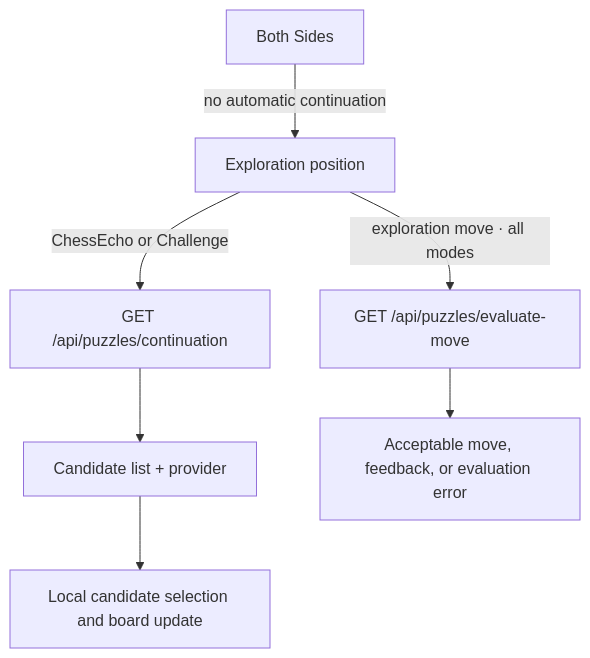
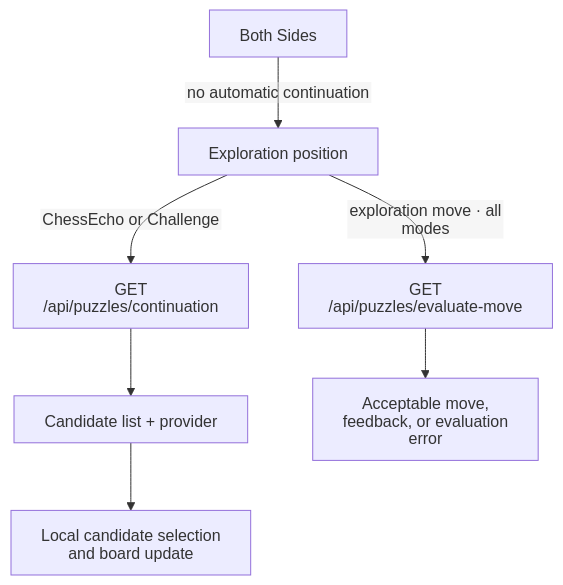
One commit to NathanZK/ChessEcho changed the fifth of 5 diagrams in docs/architecture/frontend.md. Above: the diagram before and after it, drawn with Mermaid. The commit also changed other lines of this file and 1 other file, not shown here.

First line of the commit message:
docs: fix architecture Mermaid rendering

````diff
--- a/docs/architecture/frontend.md
+++ b/docs/architecture/frontend.md
@@ -262,9 +266,10 @@
 ```mermaid
+%%{init: {"htmlLabels": false, "flowchart": {"htmlLabels": false}}}%%
 flowchart TB
   explore["Exploration position"] -->|"ChessEcho or Challenge"| continuation["GET /api/puzzles/continuation"]
   continuation --> candidates["Candidate list + provider"]
   candidates --> board["Local candidate selection and board update"]
   explore -->|"exploration move · all modes"| evaluate["GET /api/puzzles/evaluate-move"]
   evaluate --> outcome["Acceptable move, feedback, or evaluation error"]
   bothSides["Both Sides"] -->|"no automatic continuation"| explore
 ```
````
